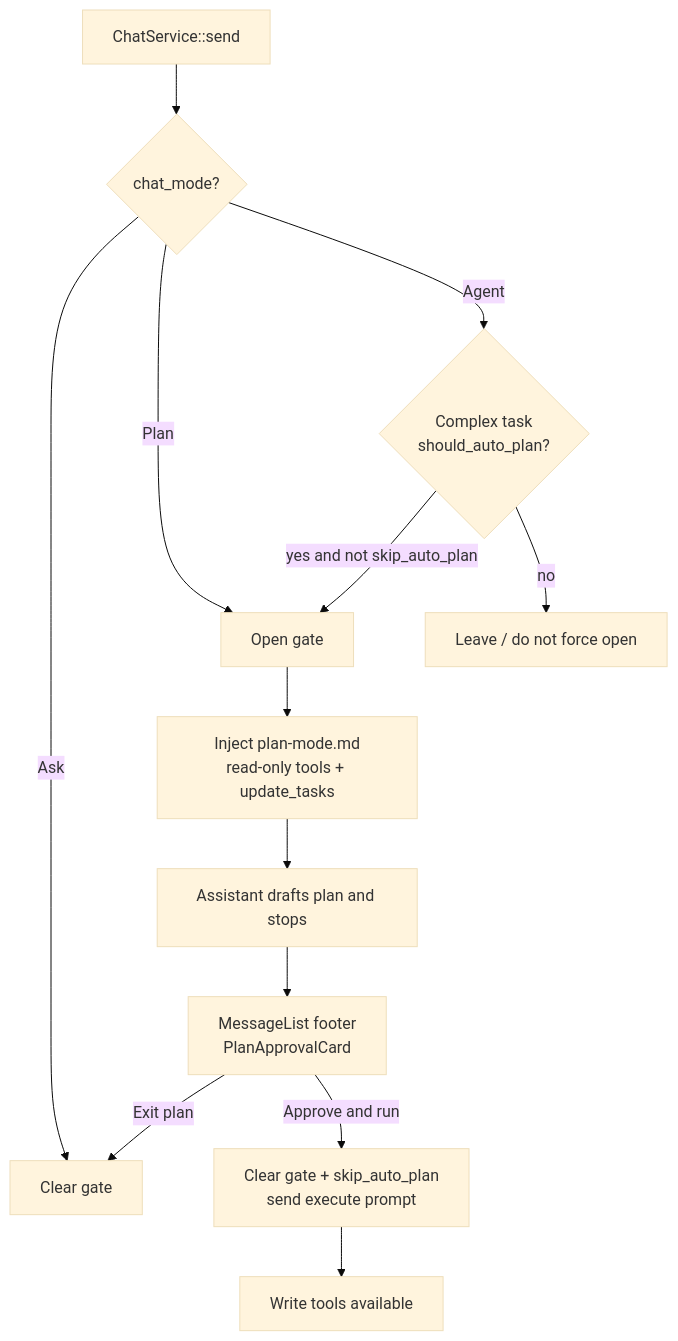
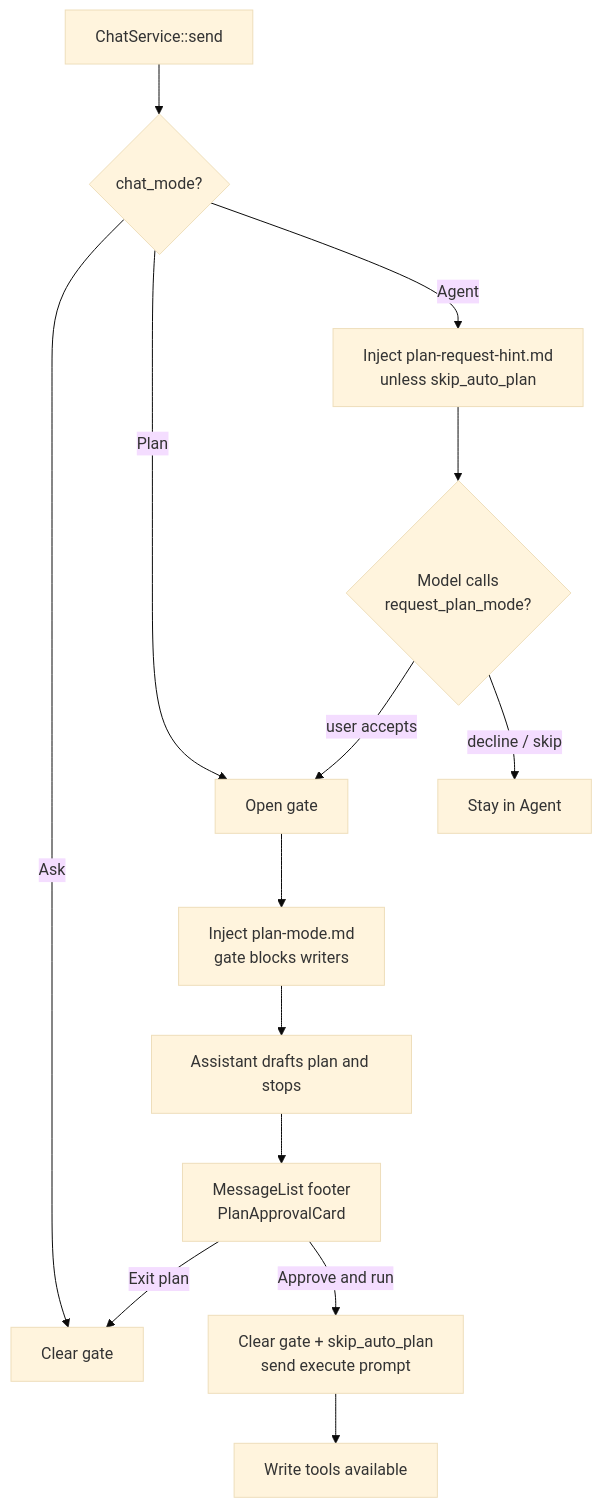
One commit to rururunu/Anya changed diagram 11 of 20 in docs/architecture-overview.md. Above: the diagram before and after it, drawn with Mermaid (base theme). The commit also changed other lines of this file and 235 other files, not shown here.

First line of the commit message:
feat: v0.2.22 分栏 Diff、字体设置、宠物图集与插件 pet/deepseek API

````diff
--- a/docs/architecture-overview.md
+++ b/docs/architecture-overview.md
@@ -510,15 +518,16 @@
 ```mermaid
 flowchart TB
   Send[ChatService::send] --> Mode{chat_mode?}
   Mode -->|Ask| Clear[Clear gate]
   Mode -->|Plan| On[Open gate]
-  Mode -->|Agent| Auto{Complex task<br/>should_auto_plan?}
-  Auto -->|yes and not skip_auto_plan| On
-  Auto -->|no| Off[Leave / do not force open]
-  On --> Prompt[Inject plan-mode.md<br/>read-only tools + update_tasks]
+  Mode -->|Agent| Hint[Inject plan-request-hint.md<br/>unless skip_auto_plan]
+  Hint --> AskPlan{Model calls<br/>request_plan_mode?}
+  AskPlan -->|user accepts| On
+  AskPlan -->|decline / skip| Off[Stay in Agent]
+  On --> Prompt[Inject plan-mode.md<br/>gate blocks writers]
   Prompt --> Draft[Assistant drafts plan and stops]
   Draft --> UI[MessageList footer<br/>PlanApprovalCard]
   UI -->|Exit plan| Clear
   UI -->|Approve and run| Exec[Clear gate + skip_auto_plan<br/>send execute prompt]
   Exec --> Writers[Write tools available]
 ```
````
